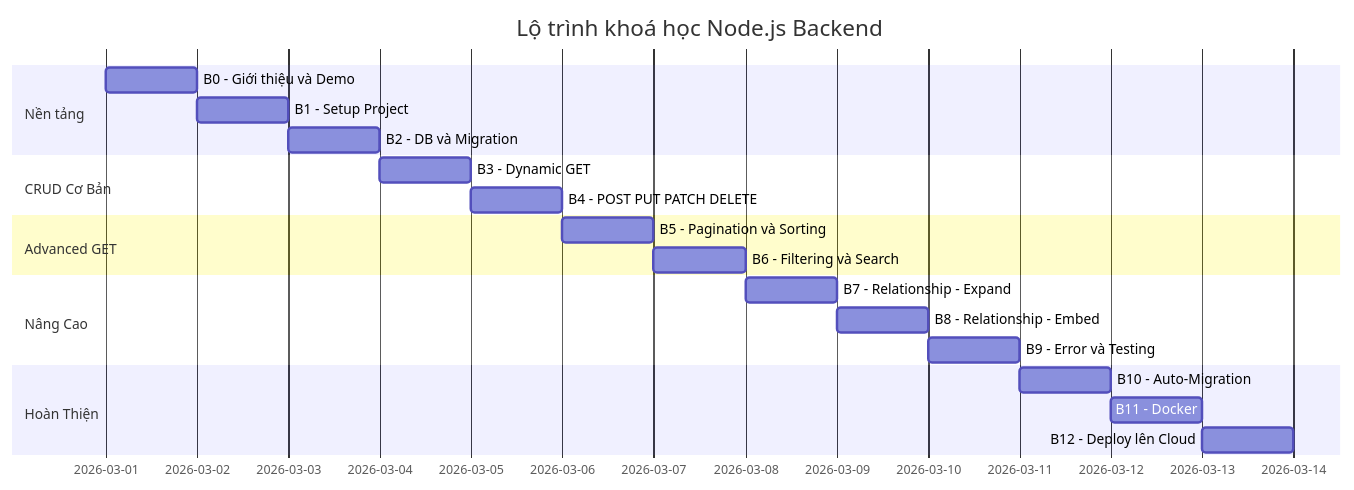
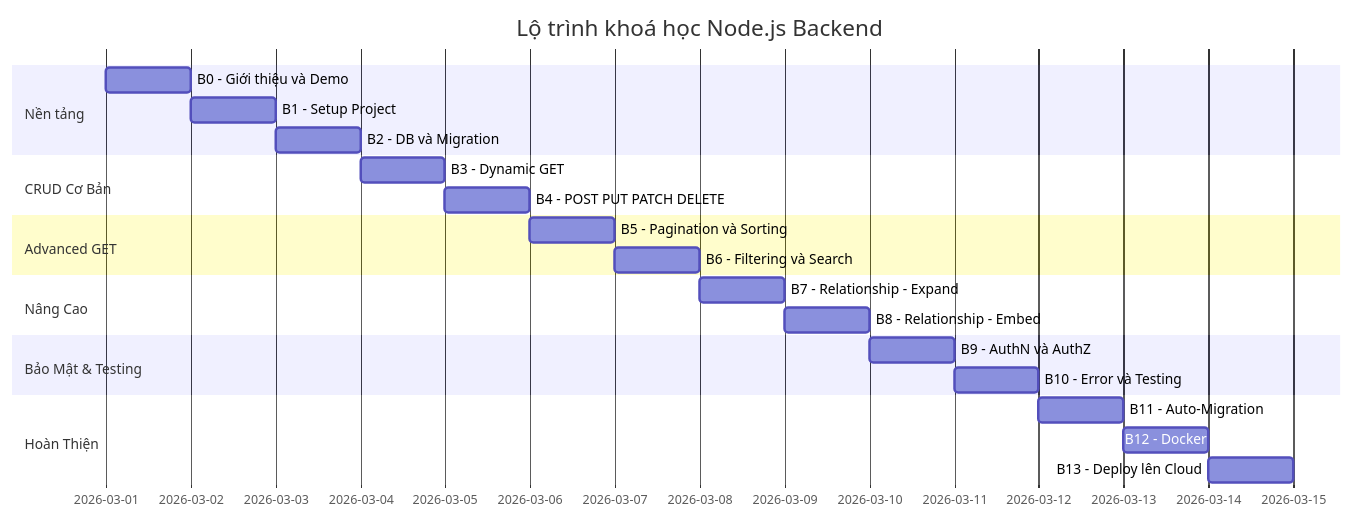
Before and after one commit to vuanhtu1993/vuanhtu1993.github.io: the second of 4 diagrams in docs/nodejs/index.md, drawn with Mermaid. The commit also changed other lines of this file and 9 other files, not shown here.

````diff
--- a/docs/nodejs/index.md
+++ b/docs/nodejs/index.md
@@ -104,28 +104,31 @@
 ```mermaid
 gantt
     title Lộ trình khoá học Node.js Backend
     dateFormat YYYY-MM-DD
     
     section Nền tảng
     B0 - Giới thiệu và Demo       : 2026-03-01, 1d
     B1 - Setup Project            : 2026-03-02, 1d
     B2 - DB và Migration          : 2026-03-03, 1d
 
     section CRUD Cơ Bản
     B3 - Dynamic GET              : 2026-03-04, 1d
     B4 - POST PUT PATCH DELETE    : 2026-03-05, 1d
 
     section Advanced GET
     B5 - Pagination và Sorting     : 2026-03-06, 1d
     B6 - Filtering và Search       : 2026-03-07, 1d
 
     section Nâng Cao
     B7 - Relationship - Expand    : 2026-03-08, 1d
     B8 - Relationship - Embed     : 2026-03-09, 1d
-    B9 - Error và Testing         : 2026-03-10, 1d
+
+    section Bảo Mật & Testing
+    B9 - AuthN và AuthZ           : 2026-03-10, 1d
+    B10 - Error và Testing        : 2026-03-11, 1d
 
     section Hoàn Thiện
-    B10 - Auto-Migration          : 2026-03-11, 1d
-    B11 - Docker                  : 2026-03-12, 1d
-    B12 - Deploy lên Cloud        : 2026-03-13, 1d
+    B11 - Auto-Migration          : 2026-03-12, 1d
+    B12 - Docker                  : 2026-03-13, 1d
+    B13 - Deploy lên Cloud        : 2026-03-14, 1d
 ```
````
